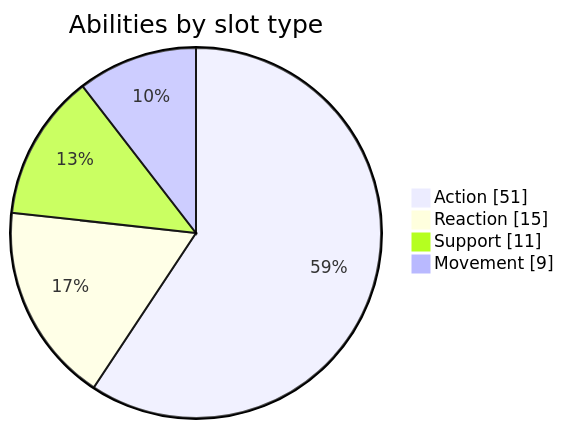
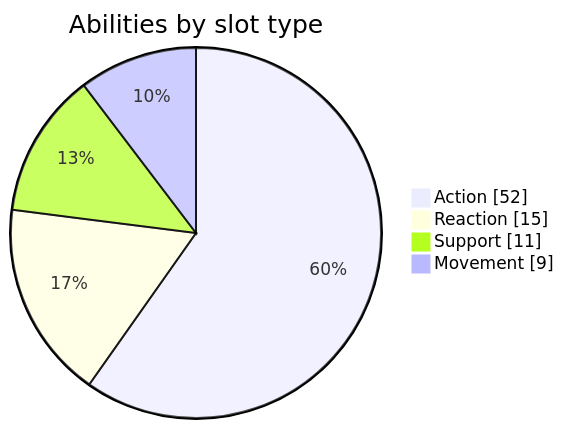
Before and after one commit to CptNope/Chess-RPG-Tactics: the second of 4 diagrams in docs/CONTENT_REFERENCE.md, drawn with Mermaid. The commit also changed other lines of this file and 38 other files, not shown here.

````diff
--- a/docs/CONTENT_REFERENCE.md
+++ b/docs/CONTENT_REFERENCE.md
@@ -74,7 +96,7 @@
 ```mermaid
 pie showData title Abilities by slot type
-  "Action" : 51
+  "Action" : 52
   "Reaction" : 15
   "Support" : 11
   "Movement" : 9
 ```
````
